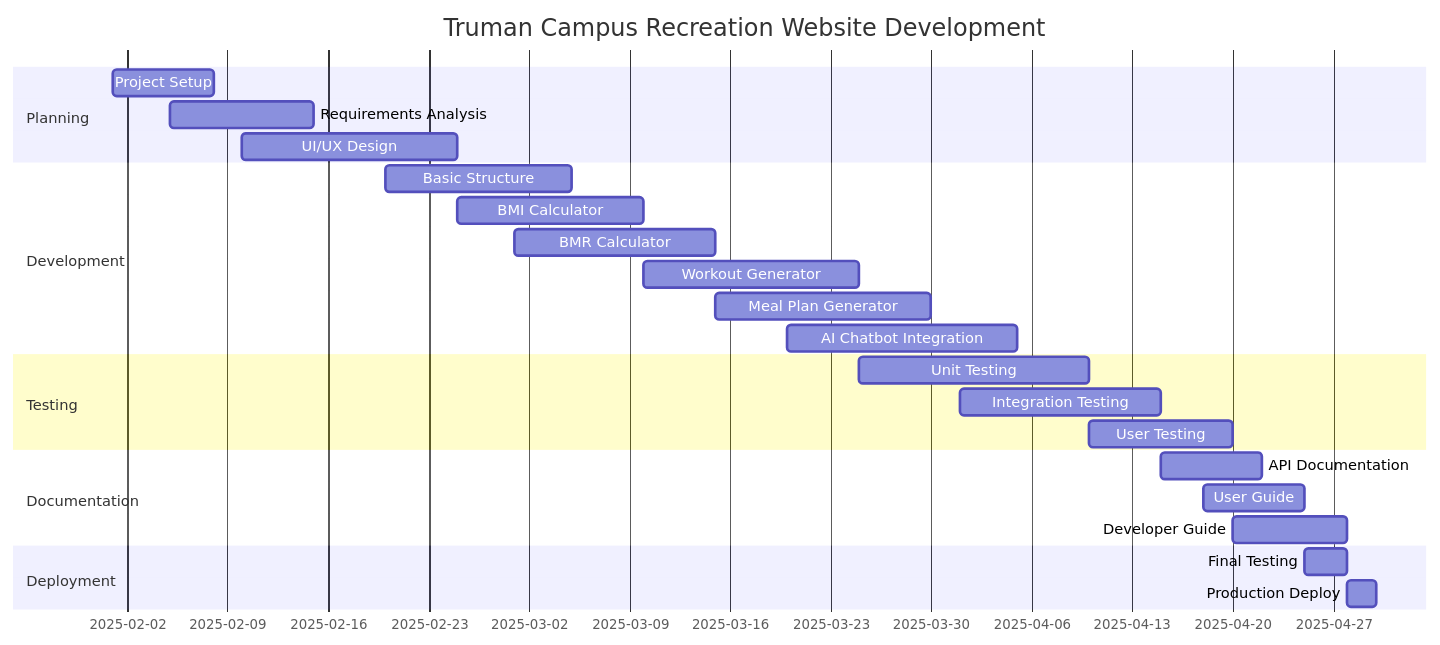
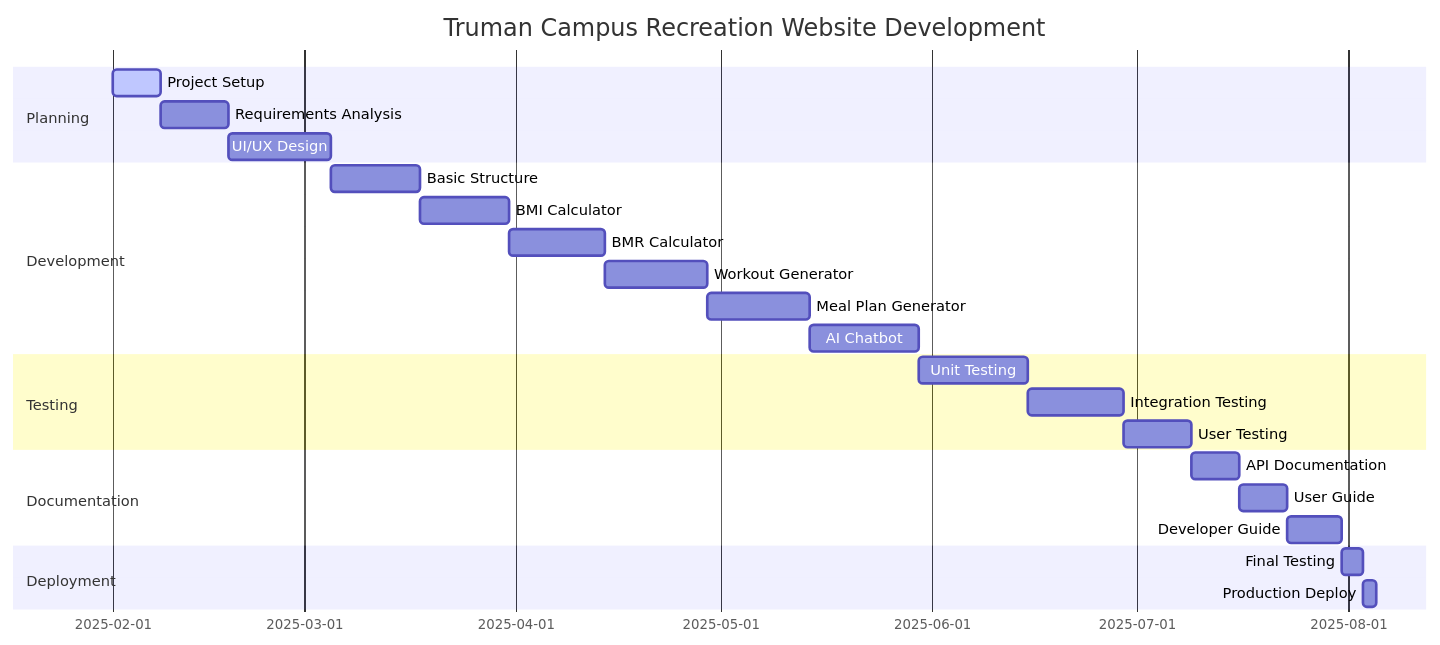
Before and after one commit to Ashikvk18/truamn: the diagram in PROJECT_TIMELINE.md, drawn with Mermaid. The commit also changed 5 other files, not shown here.

First line of the commit message:
fix: Update calculator pages and project timeline

````diff
--- a/PROJECT_TIMELINE.md
+++ b/PROJECT_TIMELINE.md
@@ -5,31 +5,32 @@
 ```mermaid
 gantt
     title Truman Campus Recreation Website Development
     dateFormat YYYY-MM-DD
+    
     section Planning
-    Project Setup           :2025-02-01, 7d
-    Requirements Analysis   :2025-02-05, 10d
-    UI/UX Design           :2025-02-10, 15d
+    Project Setup :active, setup, 2025-02-01, 7d
+    Requirements Analysis :req, after setup, 10d
+    UI/UX Design :design, after req, 15d
 
     section Development
-    Basic Structure        :2025-02-20, 13d
-    BMI Calculator        :2025-02-25, 13d
-    BMR Calculator        :2025-03-01, 14d
-    Workout Generator     :2025-03-10, 15d
-    Meal Plan Generator   :2025-03-15, 15d
-    AI Chatbot Integration:2025-03-20, 16d
+    Basic Structure :struct, after design, 13d
+    BMI Calculator :bmi, after struct, 13d
+    BMR Calculator :bmr, after bmi, 14d
+    Workout Generator :workout, after bmr, 15d
+    Meal Plan Generator :meal, after workout, 15d
+    AI Chatbot :chat, after meal, 16d
 
     section Testing
-    Unit Testing          :2025-03-25, 16d
-    Integration Testing   :2025-04-01, 14d
-    User Testing         :2025-04-10, 10d
+    Unit Testing :unit, after chat, 16d
+    Integration Testing :int, after unit, 14d
+    User Testing :user, after int, 10d
 
     section Documentation
-    API Documentation    :2025-04-15, 7d
-    User Guide          :2025-04-18, 7d
-    Developer Guide     :2025-04-20, 8d
-    
+    API Documentation :api, after user, 7d
+    User Guide :guide, after api, 7d
+    Developer Guide :dev, after guide, 8d
+
     section Deployment
-    Final Testing       :2025-04-25, 3d
-    Production Deploy   :2025-04-28, 2d
+    Final Testing :final, after dev, 3d
+    Production Deploy :prod, after final, 2d
 ```
````
